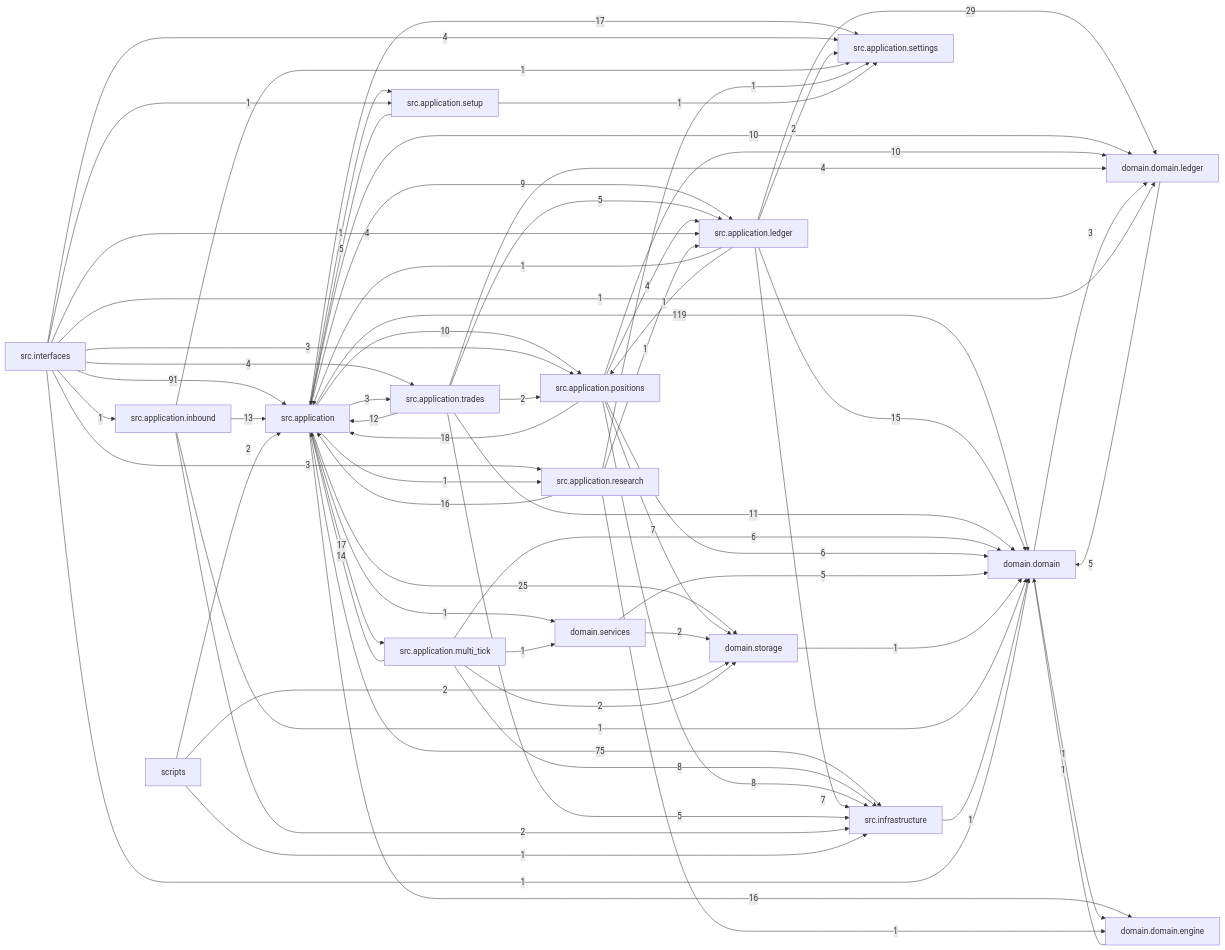
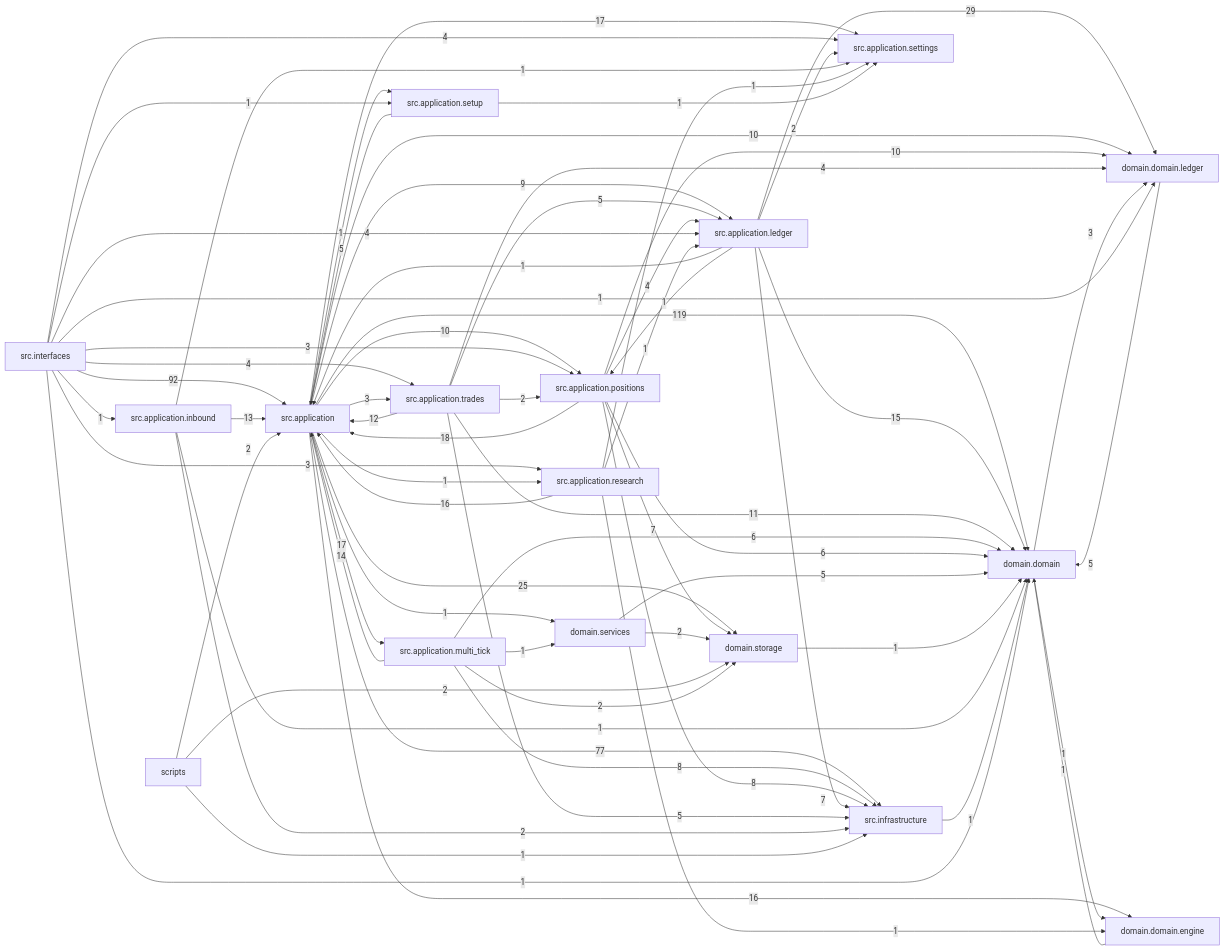
The diagram in docs/dependency_graph.mmd (liuxie066/options-monitor), drawn with Mermaid before and after one commit. The commit also changed 15 other files, not shown here.

```diff
--- a/docs/dependency_graph.mmd
+++ b/docs/dependency_graph.mmd
@@ -1,68 +1,68 @@
 flowchart LR
   src_application["src.application"] -->|119| domain_domain["domain.domain"]
-  src_interfaces["src.interfaces"] -->|91| src_application["src.application"]
-  src_application["src.application"] -->|75| src_infrastructure["src.infrastructure"]
+  src_interfaces["src.interfaces"] -->|92| src_application["src.application"]
+  src_application["src.application"] -->|77| src_infrastructure["src.infrastructure"]
   src_application_ledger["src.application.ledger"] -->|29| domain_domain_ledger["domain.domain.ledger"]
   src_application["src.application"] -->|25| domain_storage["domain.storage"]
   src_application_positions["src.application.positions"] -->|18| src_application["src.application"]
   src_application["src.application"] -->|17| src_application_multi_tick["src.application.multi_tick"]
   src_application["src.application"] -->|17| src_application_settings["src.application.settings"]
   src_application["src.application"] -->|16| domain_domain_engine["domain.domain.engine"]
   src_application_research["src.application.research"] -->|16| src_application["src.application"]
   src_application_ledger["src.application.ledger"] -->|15| domain_domain["domain.domain"]
   src_application_multi_tick["src.application.multi_tick"] -->|14| src_application["src.application"]
   src_application_inbound["src.application.inbound"] -->|13| src_application["src.application"]
   src_application_trades["src.application.trades"] -->|12| src_application["src.application"]
   src_application_trades["src.application.trades"] -->|11| domain_domain["domain.domain"]
   src_application["src.application"] -->|10| domain_domain_ledger["domain.domain.ledger"]
   src_application["src.application"] -->|10| src_application_positions["src.application.positions"]
   src_application_positions["src.application.positions"] -->|10| domain_domain_ledger["domain.domain.ledger"]
   src_application["src.application"] -->|9| src_application_ledger["src.application.ledger"]
   src_application_multi_tick["src.application.multi_tick"] -->|8| src_infrastructure["src.infrastructure"]
   src_application_positions["src.application.positions"] -->|8| src_infrastructure["src.infrastructure"]
   src_application_ledger["src.application.ledger"] -->|7| src_infrastructure["src.infrastructure"]
   src_application_positions["src.application.positions"] -->|7| domain_storage["domain.storage"]
   src_application_multi_tick["src.application.multi_tick"] -->|6| domain_domain["domain.domain"]
   src_application_positions["src.application.positions"] -->|6| domain_domain["domain.domain"]
   domain_domain_ledger["domain.domain.ledger"] -->|5| domain_domain["domain.domain"]
   domain_services["domain.services"] -->|5| domain_domain["domain.domain"]
   src_application_setup["src.application.setup"] -->|5| src_application["src.application"]
   src_application_trades["src.application.trades"] -->|5| src_application_ledger["src.application.ledger"]
   src_application_trades["src.application.trades"] -->|5| src_infrastructure["src.infrastructure"]
   src_application_positions["src.application.positions"] -->|4| src_application_ledger["src.application.ledger"]
   src_application_trades["src.application.trades"] -->|4| domain_domain_ledger["domain.domain.ledger"]
   src_interfaces["src.interfaces"] -->|4| src_application_ledger["src.application.ledger"]
   src_interfaces["src.interfaces"] -->|4| src_application_settings["src.application.settings"]
   src_interfaces["src.interfaces"] -->|4| src_application_trades["src.application.trades"]
   domain_domain["domain.domain"] -->|3| domain_domain_ledger["domain.domain.ledger"]
   src_application["src.application"] -->|3| src_application_trades["src.application.trades"]
   src_interfaces["src.interfaces"] -->|3| src_application_positions["src.application.positions"]
   src_interfaces["src.interfaces"] -->|3| src_application_research["src.application.research"]
   domain_services["domain.services"] -->|2| domain_storage["domain.storage"]
   scripts["scripts"] -->|2| domain_storage["domain.storage"]
   scripts["scripts"] -->|2| src_application["src.application"]
   src_application_inbound["src.application.inbound"] -->|2| src_infrastructure["src.infrastructure"]
   src_application_ledger["src.application.ledger"] -->|2| src_application_settings["src.application.settings"]
   src_application_multi_tick["src.application.multi_tick"] -->|2| domain_storage["domain.storage"]
   src_application_trades["src.application.trades"] -->|2| src_application_positions["src.application.positions"]
   domain_domain["domain.domain"] -->|1| domain_domain_engine["domain.domain.engine"]
   domain_domain_engine["domain.domain.engine"] -->|1| domain_domain["domain.domain"]
   domain_storage["domain.storage"] -->|1| domain_domain["domain.domain"]
   scripts["scripts"] -->|1| src_infrastructure["src.infrastructure"]
   src_application["src.application"] -->|1| domain_services["domain.services"]
   src_application["src.application"] -->|1| src_application_research["src.application.research"]
   src_application["src.application"] -->|1| src_application_setup["src.application.setup"]
   src_application_inbound["src.application.inbound"] -->|1| domain_domain["domain.domain"]
   src_application_inbound["src.application.inbound"] -->|1| src_application_settings["src.application.settings"]
   src_application_ledger["src.application.ledger"] -->|1| src_application["src.application"]
   src_application_ledger["src.application.ledger"] -->|1| src_application_positions["src.application.positions"]
   src_application_multi_tick["src.application.multi_tick"] -->|1| domain_services["domain.services"]
   src_application_research["src.application.research"] -->|1| domain_domain_engine["domain.domain.engine"]
   src_application_research["src.application.research"] -->|1| src_application_ledger["src.application.ledger"]
   src_application_research["src.application.research"] -->|1| src_application_settings["src.application.settings"]
   src_application_setup["src.application.setup"] -->|1| src_application_settings["src.application.settings"]
   src_infrastructure["src.infrastructure"] -->|1| domain_domain["domain.domain"]
   src_interfaces["src.interfaces"] -->|1| domain_domain["domain.domain"]
   src_interfaces["src.interfaces"] -->|1| domain_domain_ledger["domain.domain.ledger"]
   src_interfaces["src.interfaces"] -->|1| src_application_inbound["src.application.inbound"]
   src_interfaces["src.interfaces"] -->|1| src_application_setup["src.application.setup"]
```
